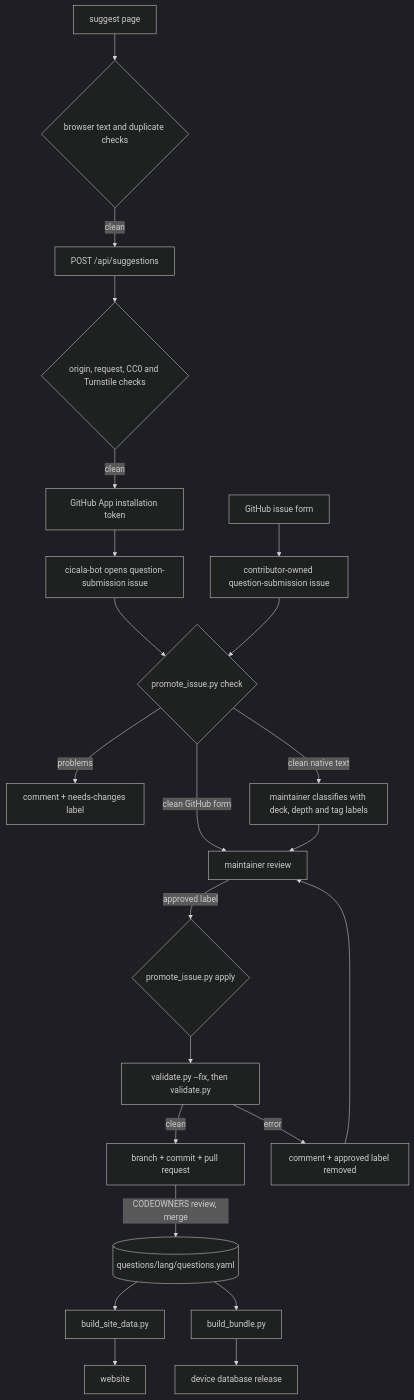
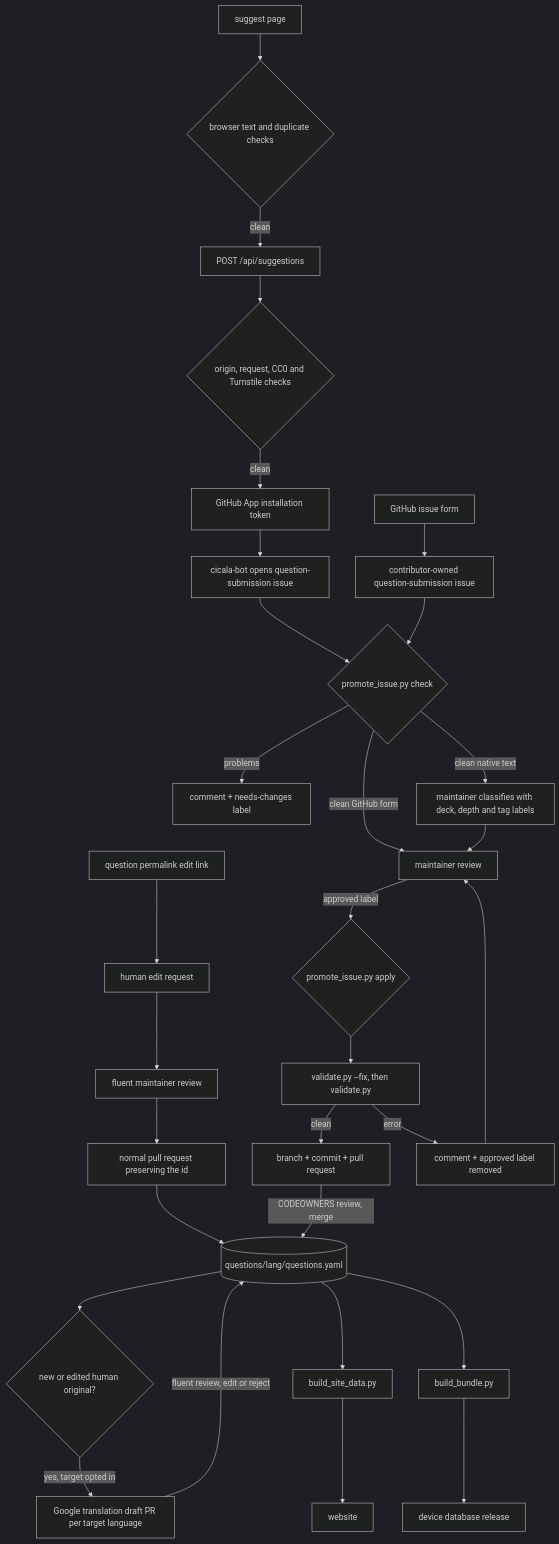
Before and after one commit to giacomomellone/cicala: the diagram in docs/contribution_pipeline.md, drawn with Mermaid (dark theme). The commit also changed other lines of this file and 22 other files, not shown here.

````diff
--- a/docs/contribution_pipeline.md
+++ b/docs/contribution_pipeline.md
@@ -34,25 +34,32 @@
 ```mermaid
 flowchart TD
     A[suggest page] --> B{browser text and duplicate checks}
     B -->|clean| C[POST /api/suggestions]
     C --> D{origin, request, CC0 and Turnstile checks}
     D -->|clean| E[GitHub App installation token]
     E --> F[cicala-bot opens question-submission issue]
     A2[GitHub issue form] --> F2[contributor-owned question-submission issue]
     F --> G{promote_issue.py check}
     F2 --> G
+    A3[question permalink edit link] --> E3[human edit request]
+    E3 --> J3[fluent maintainer review]
+    J3 --> M3[normal pull request preserving the id]
+    M3 --> O
     G -->|problems| H[comment + needs-changes label]
     G -->|clean native text| I[maintainer classifies with deck, depth and tag labels]
     G -->|clean GitHub form| J[maintainer review]
     I --> J
     J -->|approved label| K{promote_issue.py apply}
     K --> L[validate.py --fix, then validate.py]
     L -->|clean| M[branch + commit + pull request]
     L -->|error| N[comment + approved label removed]
     N --> J
     M -->|CODEOWNERS review, merge| O[(questions/lang/questions.yaml)]
+    O --> T{new or edited human original?}
+    T -->|yes, target opted in| U[Google translation draft PR per target language]
+    U -->|fluent review, edit or reject| O
     O --> P[build_site_data.py]
     O --> Q[build_bundle.py]
     P --> R[website]
     Q --> S[device database release]
 ```
````
